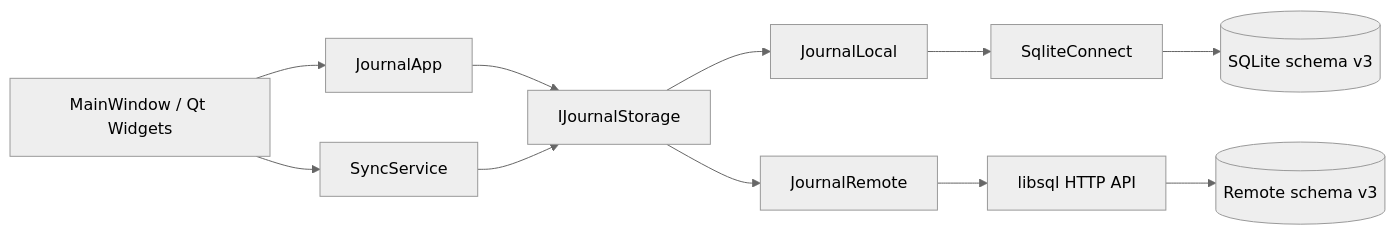
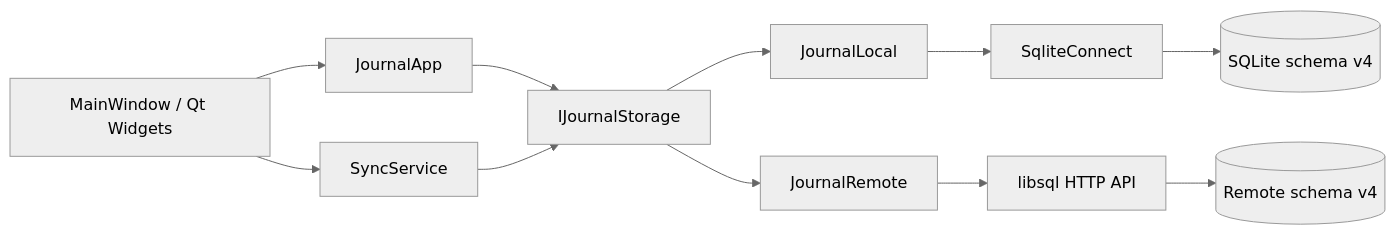
Before and after one commit to Satkhar/journal_app: the diagram in doc/arch.md, drawn with Mermaid (neutral theme). The commit also changed other lines of this file and 22 other files, not shown here.

````diff
--- a/doc/arch.md
+++ b/doc/arch.md
@@ -5,13 +5,13 @@
 ```mermaid
 flowchart LR
   UI[MainWindow / Qt Widgets] --> APP[JournalApp]
   APP --> ST[IJournalStorage]
   ST --> LOCAL[JournalLocal]
   ST --> REMOTE[JournalRemote]
   LOCAL --> SQLITE[SqliteConnect]
-  SQLITE --> LDB[(SQLite schema v3)]
+  SQLITE --> LDB[(SQLite schema v4)]
   REMOTE --> API[libsql HTTP API]
-  API --> RDB[(Remote schema v3)]
+  API --> RDB[(Remote schema v4)]
   UI --> SYNC[SyncService]
   SYNC --> ST
 ```
````
